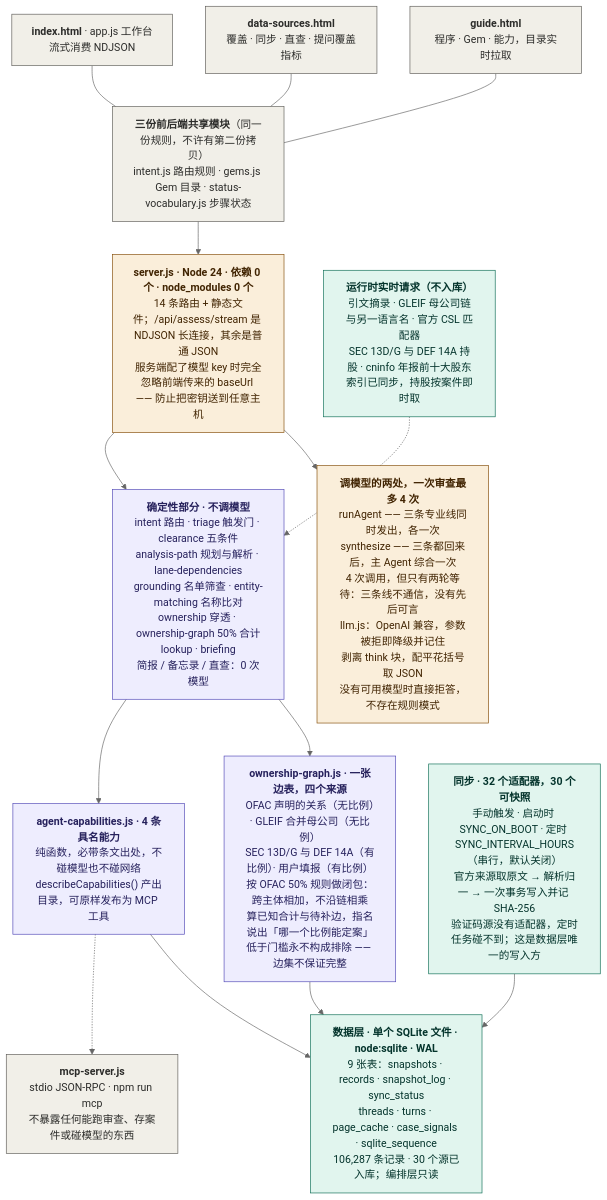
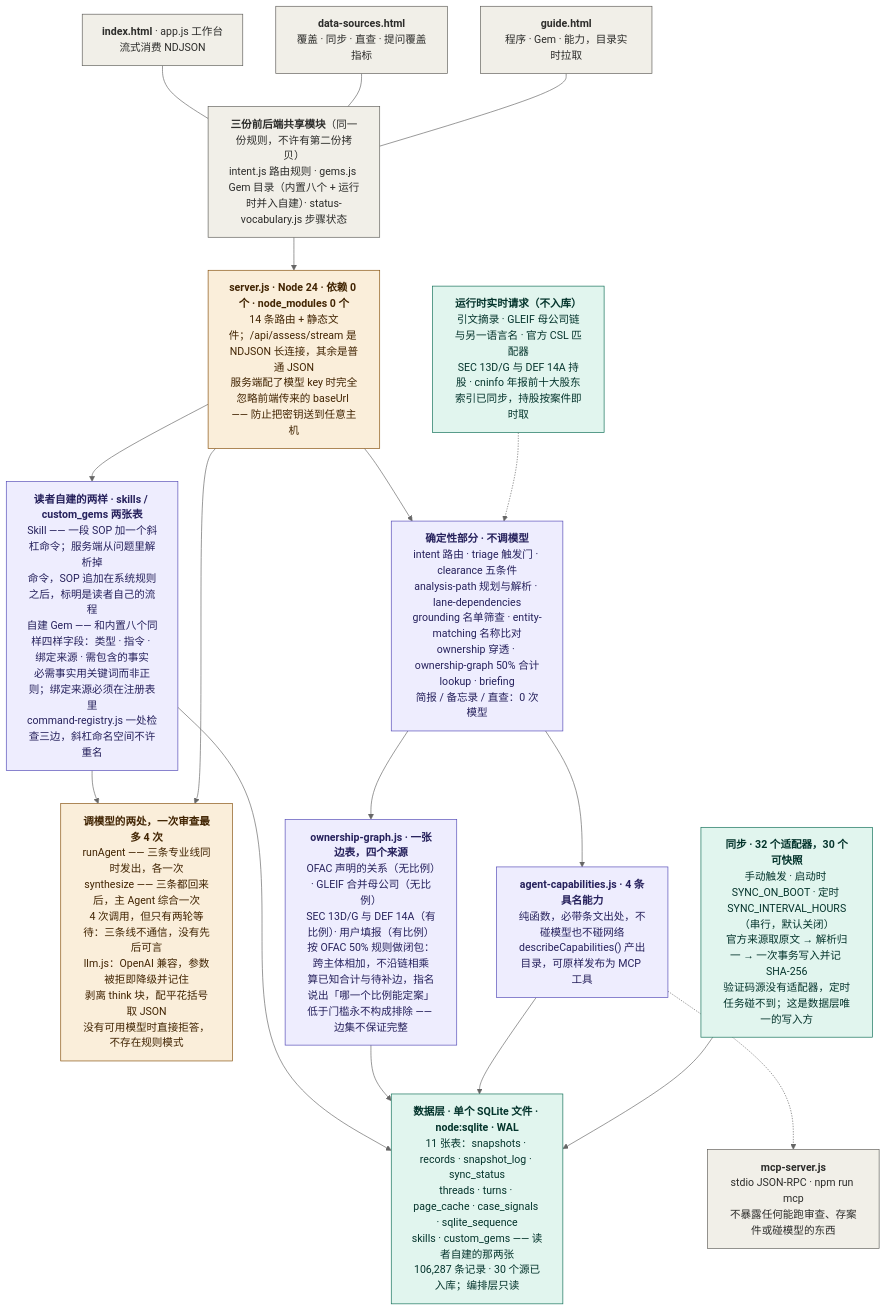
Before and after one commit to strangeromo-cloud/compliance_hub: the diagram in diagrams/2-技术架构.mmd, drawn with Mermaid (neutral theme). The commit also changed 8 other files, not shown here.

```diff
--- a/diagrams/2-技术架构.mmd
+++ b/diagrams/2-技术架构.mmd
@@ -1,47 +1,52 @@
 flowchart TD
 
 B1["<b>index.html</b> · app.js 工作台<br/>流式消费 NDJSON"]
 B2["<b>data-sources.html</b><br/>覆盖 · 同步 · 直查 · 提问覆盖指标"]
 B3["<b>guide.html</b><br/>程序 · Gem · 能力，目录实时拉取"]
 
-SH["<b>三份前后端共享模块</b>（同一份规则，不许有第二份拷贝）<br/>intent.js 路由规则 · gems.js Gem 目录 · status-vocabulary.js 步骤状态"]
+SH["<b>三份前后端共享模块</b>（同一份规则，不许有第二份拷贝）<br/>intent.js 路由规则 · gems.js Gem 目录（内置八个 + 运行时并入自建）· status-vocabulary.js 步骤状态"]
 
 B1 --- SH
 B2 --- SH
 B3 --- SH
 
 SH --> SRV["<b>server.js · Node 24 · 依赖 0 个 · node_modules 0 个</b><br/>14 条路由 + 静态文件；/api/assess/stream 是 NDJSON 长连接，其余是普通 JSON<br/>服务端配了模型 key 时完全忽略前端传来的 baseUrl —— 防止把密钥送到任意主机"]
 
+SRV --> MINE["<b>读者自建的两样 · skills / custom_gems 两张表</b><br/>Skill —— 一段 SOP 加一个斜杠命令；服务端从问题里解析掉<br/>命令，SOP 追加在系统规则之后，标明是读者自己的流程<br/>自建 Gem —— 和内置八个同样四样字段：类型 · 指令 · 绑定来源 · 需包含的事实<br/>必需事实用关键词而非正则；绑定来源必须在注册表里<br/>command-registry.js 一处检查三边，斜杠命名空间不许重名"]
+
+MINE --> LLM
+MINE --> DB
 SRV --> DET["<b>确定性部分 · 不调模型</b><br/>intent 路由 · triage 触发门 · clearance 五条件<br/>analysis-path 规划与解析 · lane-dependencies<br/>grounding 名单筛查 · entity-matching 名称比对<br/>ownership 穿透 · ownership-graph 50% 合计<br/>lookup · briefing<br/>简报 / 备忘录 / 直查：0 次模型"]
 
 SRV --> LLM["<b>调模型的两处，一次审查最多 4 次</b><br/>runAgent —— 三条专业线同时发出，各一次<br/>synthesize —— 三条都回来后，主 Agent 综合一次<br/>4 次调用，但只有两轮等待：三条线不通信，没有先后可言<br/>llm.js：OpenAI 兼容，参数被拒即降级并记住<br/>剥离 think 块，配平花括号取 JSON<br/>没有可用模型时直接拒答，不存在规则模式"]
 
 DET --> CAP["<b>agent-capabilities.js · 4 条具名能力</b><br/>纯函数，必带条文出处，不碰模型也不碰网络<br/>describeCapabilities() 产出目录，可原样发布为 MCP 工具"]
 
 CAP -.-> MCP["<b>mcp-server.js</b><br/>stdio JSON-RPC · npm run mcp<br/>不暴露任何能跑审查、存案件或碰模型的东西"]
 
 OWN["<b>ownership-graph.js · 一张边表，四个来源</b><br/>OFAC 声明的关系（无比例）· GLEIF 合并母公司（无比例）<br/>SEC 13D/G 与 DEF 14A（有比例）· 用户填报（有比例）<br/>按 OFAC 50% 规则做闭包：跨主体相加，不沿链相乘<br/>算已知合计与待补边，指名说出「哪一个比例能定案」<br/>低于门槛永不构成排除 —— 边集不保证完整"]
 
 DET --> OWN
 OWN --> DB
 
-CAP --> DB["<b>数据层 · 单个 SQLite 文件 · node:sqlite · WAL</b><br/>9 张表：snapshots · records · snapshot_log · sync_status<br/>threads · turns · page_cache · case_signals · sqlite_sequence<br/>106,287 条记录 · 30 个源已入库；编排层只读"]
+CAP --> DB["<b>数据层 · 单个 SQLite 文件 · node:sqlite · WAL</b><br/>11 张表：snapshots · records · snapshot_log · sync_status<br/>threads · turns · page_cache · case_signals · sqlite_sequence<br/>skills · custom_gems —— 读者自建的那两张<br/>106,287 条记录 · 30 个源已入库；编排层只读"]
 
 SYNC["<b>同步 · 32 个适配器，30 个可快照</b><br/>手动触发 · 启动时 SYNC_ON_BOOT · 定时 SYNC_INTERVAL_HOURS（串行，默认关闭）<br/>官方来源取原文 → 解析归一 → 一次事务写入并记 SHA-256<br/>验证码源没有适配器，定时任务碰不到；这是数据层唯一的写入方"]
 
 SYNC --> DB
 
 LIVE["<b>运行时实时请求（不入库）</b><br/>引文摘录 · GLEIF 母公司链与另一语言名 · 官方 CSL 匹配器<br/>SEC 13D/G 与 DEF 14A 持股 · cninfo 年报前十大股东<br/>索引已同步，持股按案件即时取"]
 LIVE -.-> DET
 
 classDef master fill:#FAEEDA,stroke:#854F0B,stroke-width:1px,color:#412402
 classDef agent  fill:#EEEDFE,stroke:#534AB7,stroke-width:1px,color:#26215C
 classDef plain  fill:#F1EFE8,stroke:#5F5E5A,stroke-width:1px,color:#2C2C2A
 classDef data   fill:#E1F5EE,stroke:#0F6E56,stroke-width:1px,color:#04342C
 
 class SRV master
 class LLM master
 class DET,CAP agent
 class B1,B2,B3,SH,MCP plain
 class DB,SYNC,LIVE data
 class OWN agent
+class MINE agent
```
